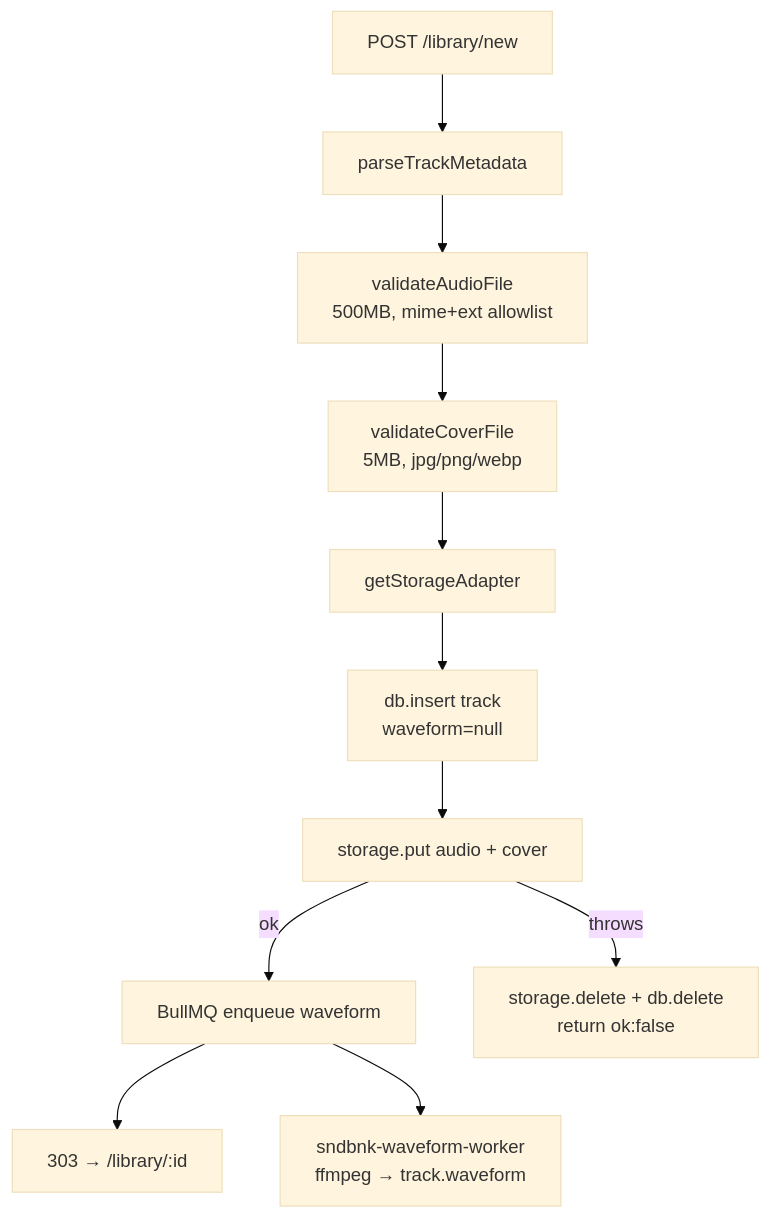
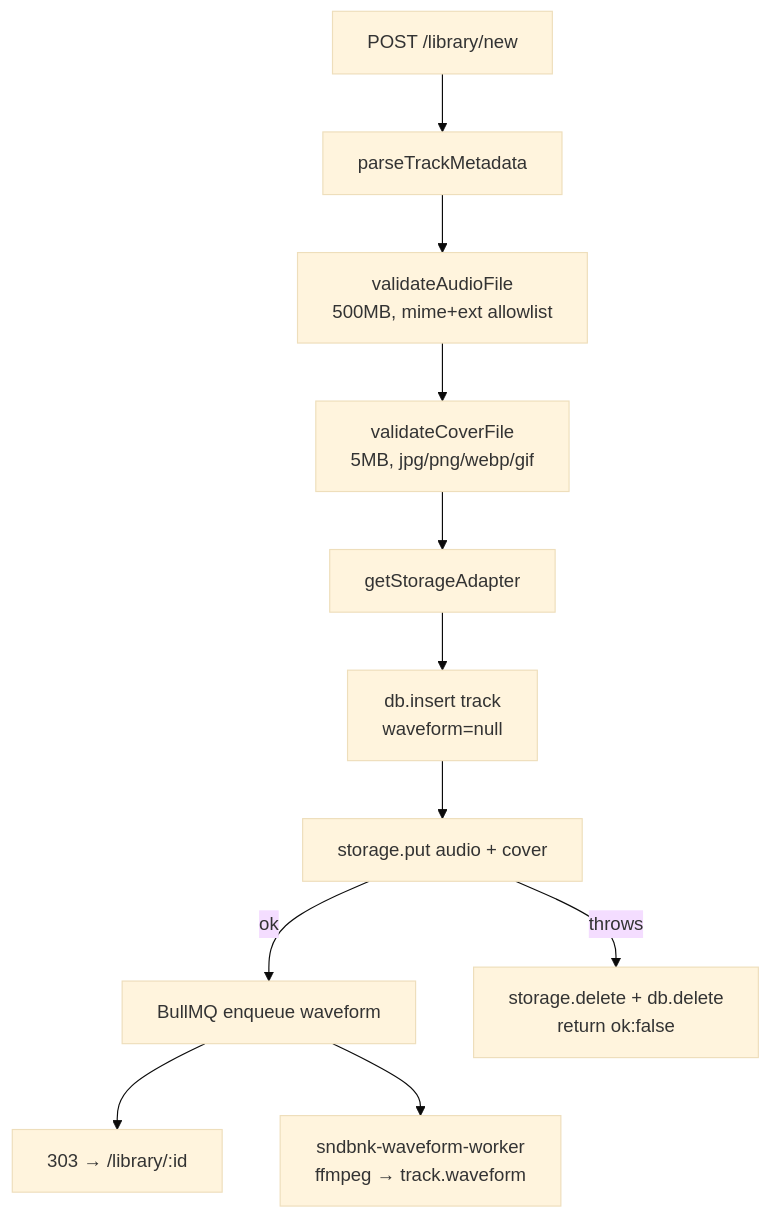
One commit to spreadsheetsusa/sndbnk changed the diagram in docs/media-and-storage.md. Above: the diagram before and after it, drawn with Mermaid (base theme). The commit also changed 3 other files, not shown here.

First line of the commit message:
feat: allow gif album cover art

````diff
--- a/docs/media-and-storage.md
+++ b/docs/media-and-storage.md
@@ -83,13 +83,13 @@
 ```mermaid
 flowchart TD
   form["POST /library/new"] --> meta["parseTrackMetadata"]
   meta --> audio["validateAudioFile<br/>500MB, mime+ext allowlist"]
-  audio --> cover["validateCoverFile<br/>5MB, jpg/png/webp"]
+  audio --> cover["validateCoverFile<br/>5MB, jpg/png/webp/gif"]
   cover --> resolve["getStorageAdapter"]
   resolve --> insert["db.insert track<br/>waveform=null"]
   insert --> put["storage.put audio + cover"]
   put -->|ok| enqueue["BullMQ enqueue waveform"]
   enqueue --> done["303 → /library/:id"]
   put -->|throws| rollback["storage.delete + db.delete<br/>return ok:false"]
   enqueue --> worker["sndbnk-waveform-worker<br/>ffmpeg → track.waveform"]
 ```
````
